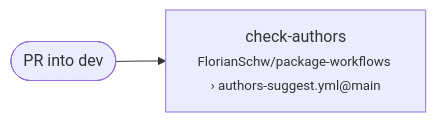
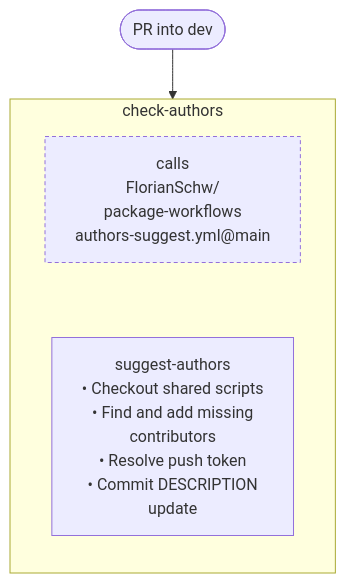
One commit to nfdi4health/dsSupportClient changed the sixth of 15 diagrams in .github/workflow-graphs/README.md. Above: the diagram before and after it, drawn with Mermaid. The commit also changed other lines of this file, not shown here.

Commit message:
docs: update workflow diagrams

````diff
--- a/.github/workflow-graphs/README.md
+++ b/.github/workflow-graphs/README.md
@@ -51,6 +150,12 @@
 ```mermaid
-flowchart LR
+flowchart TD
   start(["PR into dev"])
-  job_check_authors["check-authors<br/><small>FlorianSchw/package-workflows › authors-suggest.yml@main</small>"]
+  subgraph job_check_authors ["check-authors"]
+    direction TB
+    job_check_authors__ref["calls<br/>FlorianSchw/<br/>package-workflows<br/>authors-suggest.yml@main"]:::refnote
+    job_check_authors__suggest_authors["suggest-authors<br/>• Checkout shared scripts<br/>• Find and add missing<br/>contributors<br/>• Resolve push token<br/>• Commit DESCRIPTION<br/>update"]
+    job_check_authors__ref ~~~ job_check_authors__suggest_authors
+  end
   start --> job_check_authors
+  classDef refnote stroke-dasharray: 4 3
 ```
````
